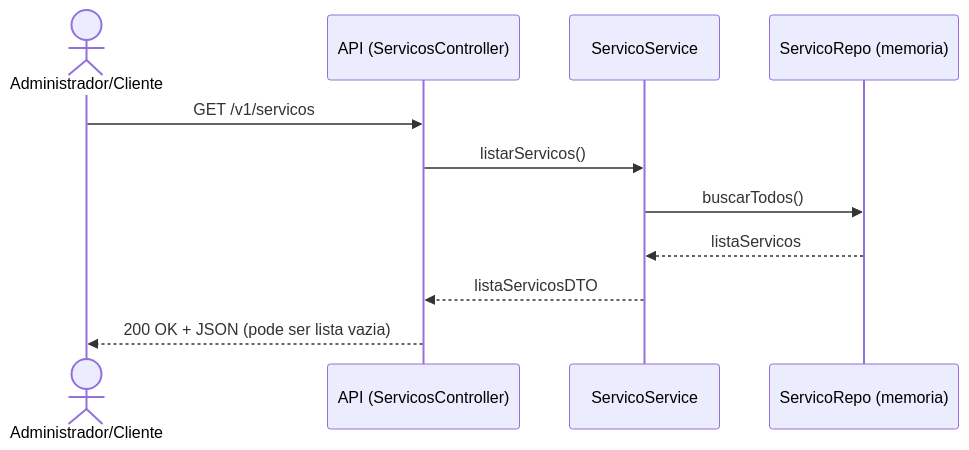
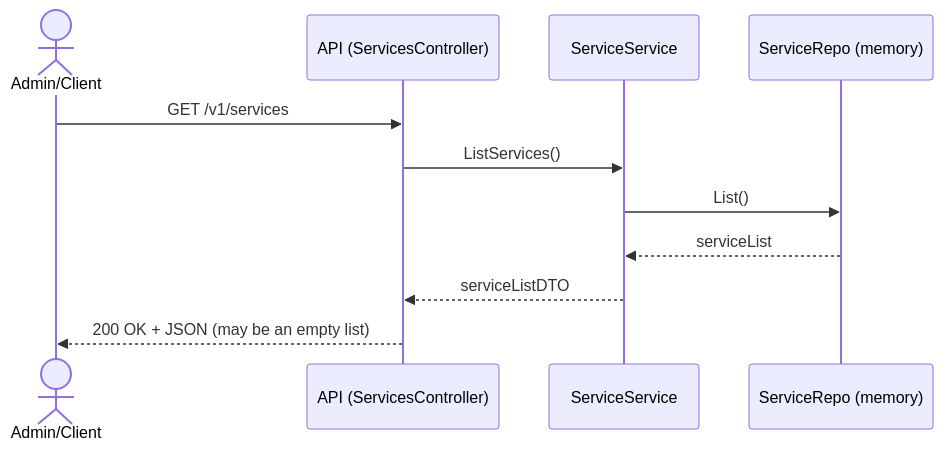
Before and after one commit to IsabelaSiqueira1/systemPDI: the eighth of 11 diagrams in docs/sequence_diagram.md, drawn with Mermaid. The commit also changed 2 other files, not shown here.

Commit message:
refactor: update service listing logic and improve error handling in ListServices endpoint

````diff
--- a/docs/sequence_diagram.md
+++ b/docs/sequence_diagram.md
@@ -718,15 +718,15 @@
 ```mermaid
 
 sequenceDiagram
-    actor User as Administrador/Cliente
-    participant API as API (ServicosController)
-    participant SVC as ServicoService
-    participant Repo as ServicoRepo (memoria)
+    actor User as Admin/Client
+    participant API as API (ServicesController)
+    participant SVC as ServiceService
+    participant Repo as ServiceRepo (memory)
 
-    User->>API: GET /v1/servicos
-    API->>SVC: listarServicos()
-    SVC->>Repo: buscarTodos()
-    Repo-->>SVC: listaServicos
-    SVC-->>API: listaServicosDTO
-    API-->>User: 200 OK + JSON (pode ser lista vazia)
+    User->>API: GET /v1/services
+    API->>SVC: ListServices()
+    SVC->>Repo: List()
+    Repo-->>SVC: serviceList
+    SVC-->>API: serviceListDTO
+    API-->>User: 200 OK + JSON (may be an empty list)
 ```
````
